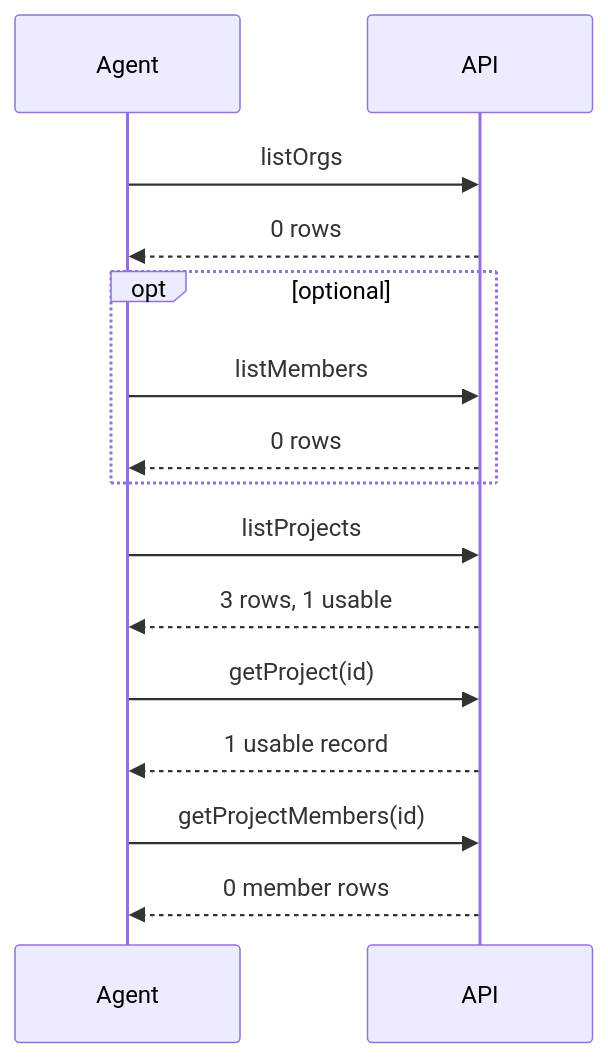
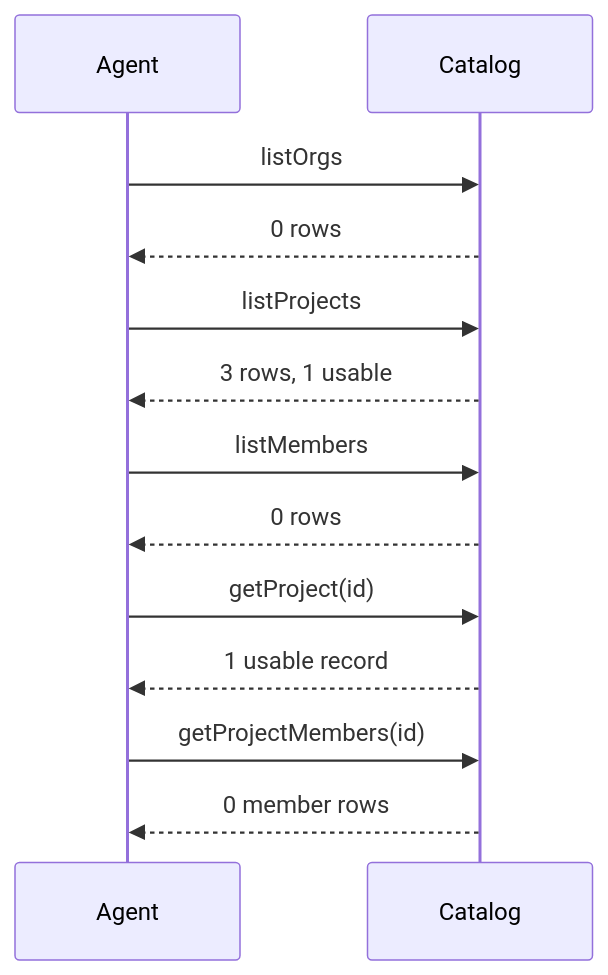
The fifth of 10 diagrams in skills/create-mermaid/README.md (mrzmyr/agent-plugin), drawn with Mermaid before and after one commit. The commit also changed other lines of this file, not shown here.

First line of the commit message:
Keep without/with mermaid pairs on the same snapshot.

````diff
--- a/skills/create-mermaid/README.md
+++ b/skills/create-mermaid/README.md
@@ -106,17 +123,15 @@
 ```mermaid
 sequenceDiagram
-    participant Agent
-    participant API
-    Agent->>API: listOrgs
-    API-->>Agent: 0 rows
-    opt optional
-        Agent->>API: listMembers
-        API-->>Agent: 0 rows
-    end
-    Agent->>API: listProjects
-    API-->>Agent: 3 rows, 1 usable
-    Agent->>API: getProject(id)
-    API-->>Agent: 1 usable record
-    Agent->>API: getProjectMembers(id)
-    API-->>Agent: 0 member rows
+  participant Agent
+  participant Catalog
+  Agent->>Catalog: listOrgs
+  Catalog-->>Agent: 0 rows
+  Agent->>Catalog: listProjects
+  Catalog-->>Agent: 3 rows, 1 usable
+  Agent->>Catalog: listMembers
+  Catalog-->>Agent: 0 rows
+  Agent->>Catalog: getProject(id)
+  Catalog-->>Agent: 1 usable record
+  Agent->>Catalog: getProjectMembers(id)
+  Catalog-->>Agent: 0 member rows
 ```
````
